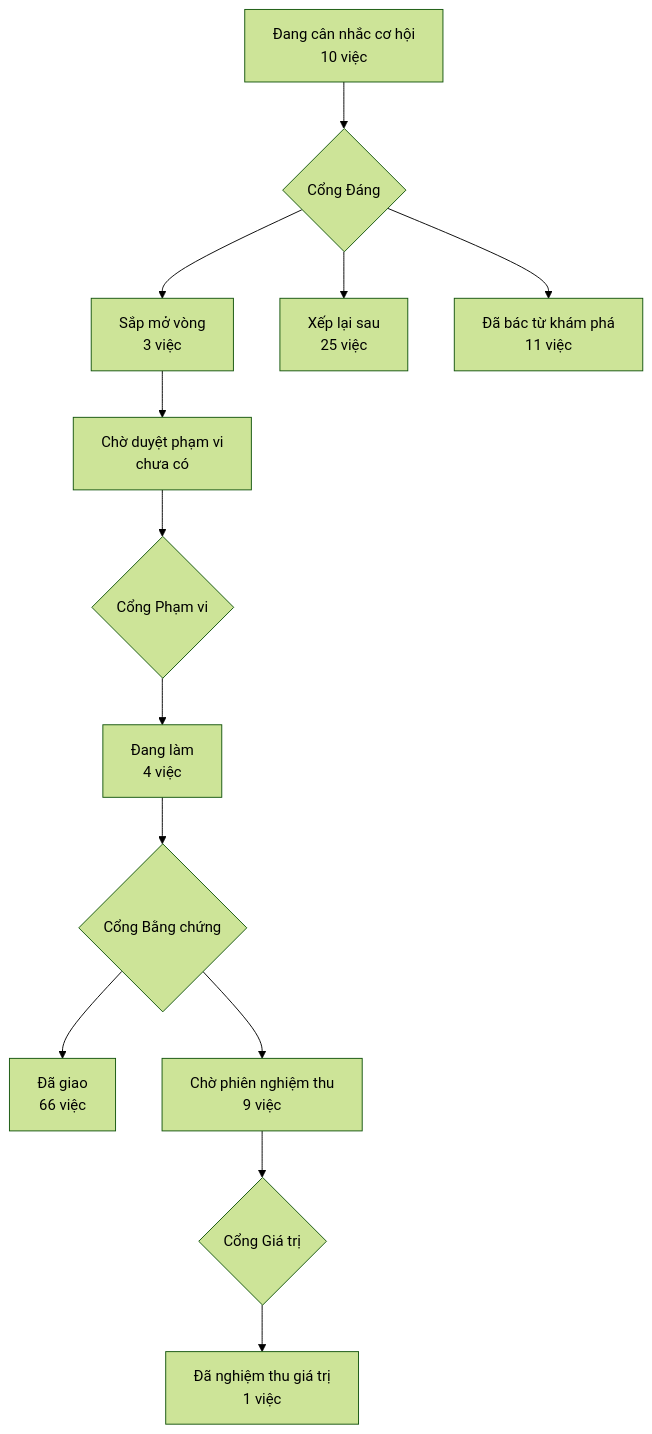
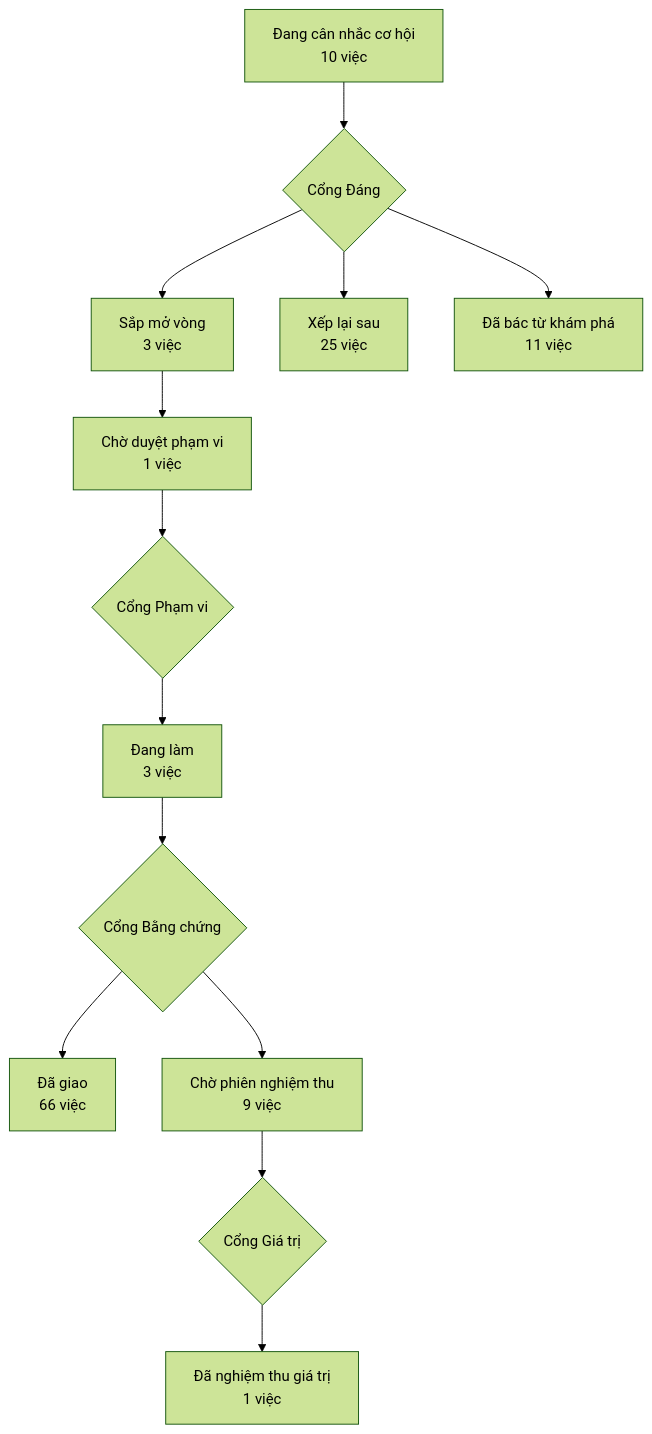
Before and after one commit to phanlemanh/acceptance-gate-kit: the diagram in PRODUCT-MAP.md, drawn with Mermaid (forest theme). The commit also changed other lines of this file and 12 other files, not shown here.

First line of the commit message:
fix(ghim-lai-noi-ra-o-khong-do): nâng phạm vi — AC-10 mới, AC-8 có lực; gỡ bằng chứng phạm vi cũ

````diff
--- a/PRODUCT-MAP.md
+++ b/PRODUCT-MAP.md
@@ -6,12 +6,12 @@
 ```mermaid
 flowchart TD
   A["Đang cân nhắc cơ hội<br/>10 việc"] --> GD{"Cổng Đáng"}
   GD --> B["Sắp mở vòng<br/>3 việc"]
   GD --> XL["Xếp lại sau<br/>25 việc"]
   GD --> DB["Đã bác từ khám phá<br/>11 việc"]
-  B --> CD["Chờ duyệt phạm vi<br/>chưa có"] --> GP{"Cổng Phạm vi"}
-  GP --> DL["Đang làm<br/>4 việc"] --> GB{"Cổng Bằng chứng"}
+  B --> CD["Chờ duyệt phạm vi<br/>1 việc"] --> GP{"Cổng Phạm vi"}
+  GP --> DL["Đang làm<br/>3 việc"] --> GB{"Cổng Bằng chứng"}
   GB --> DG["Đã giao<br/>66 việc"]
   GB --> CN["Chờ phiên nghiệm thu<br/>9 việc"] --> GG{"Cổng Giá trị"}
   GG --> NT["Đã nghiệm thu giá trị<br/>1 việc"]
 ```
````
